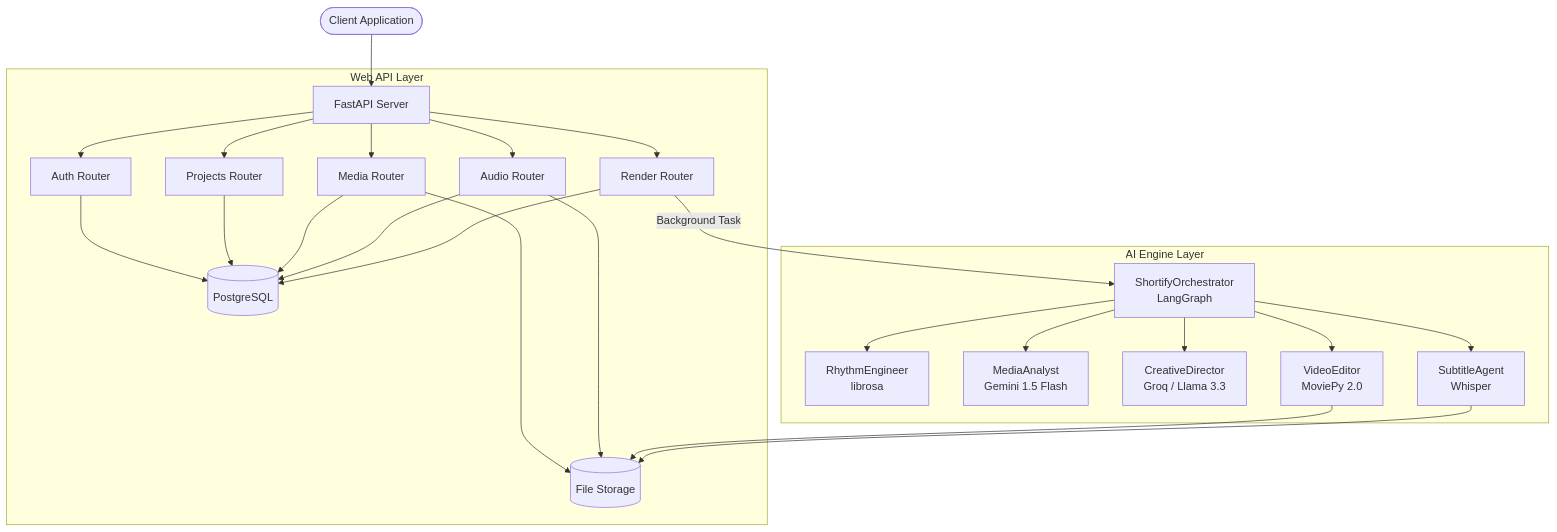
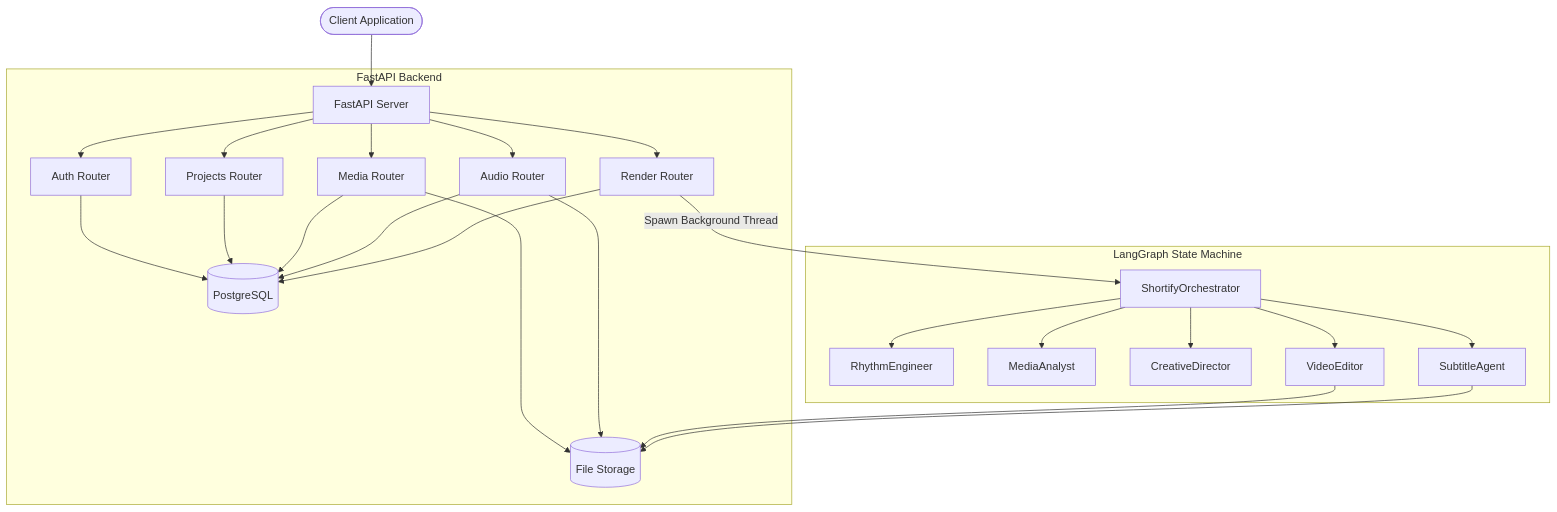
Before and after one commit to abrarshahh/Shortify_BE: the first of 2 diagrams in README.md, drawn with Mermaid. The commit also changed other lines of this file and 8 other files, not shown here.

````diff
--- a/README.md
+++ b/README.md
@@ -35,46 +25,46 @@
 ```mermaid
 graph TD
     Client([Client Application])
 
-    subgraph Web API Layer
+    subgraph Web API Layer [FastAPI Backend]
         A[FastAPI Server]
         B[Auth Router]
         C[Projects Router]
         D[Media Router]
         E[Audio Router]
         F[Render Router]
         DB[(PostgreSQL)]
         FS[(File Storage)]
     end
 
-    subgraph AI Engine Layer
-        G[ShortifyOrchestrator\nLangGraph]
-        H[RhythmEngineer\nlibrosa]
-        I[MediaAnalyst\nGemini 1.5 Flash]
-        J[CreativeDirector\nGroq / Llama 3.3]
-        K[VideoEditor\nMoviePy 2.0]
-        L[SubtitleAgent\nWhisper]
+    subgraph AI Engine Layer [LangGraph State Machine]
+        G[ShortifyOrchestrator]
+        H[RhythmEngineer]
+        I[MediaAnalyst]
+        J[CreativeDirector]
+        K[VideoEditor]
+        L[SubtitleAgent]
     end
 
     Client --> A
     A --> B
     A --> C
     A --> D
     A --> E
     A --> F
     B --> DB
     C --> DB
     D --> DB
     D --> FS
     E --> DB
     E --> FS
     F --> DB
-    F -->|Background Task| G
+    F -->|Spawn Background Thread| G
     G --> H
     G --> I
     G --> J
     G --> K
     G --> L
     K --> FS
     L --> FS
 ```
````
